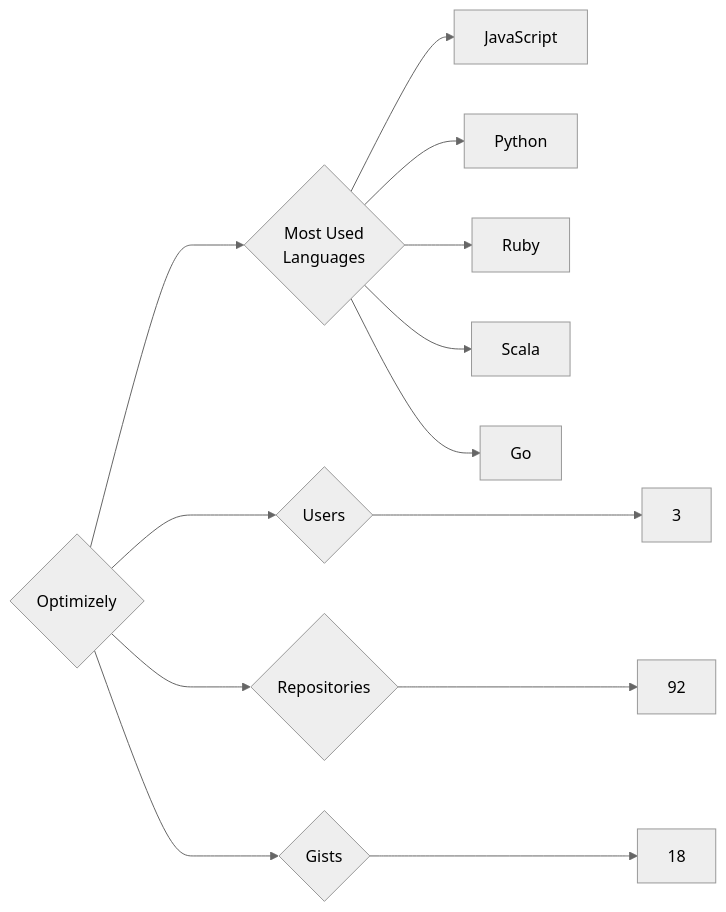
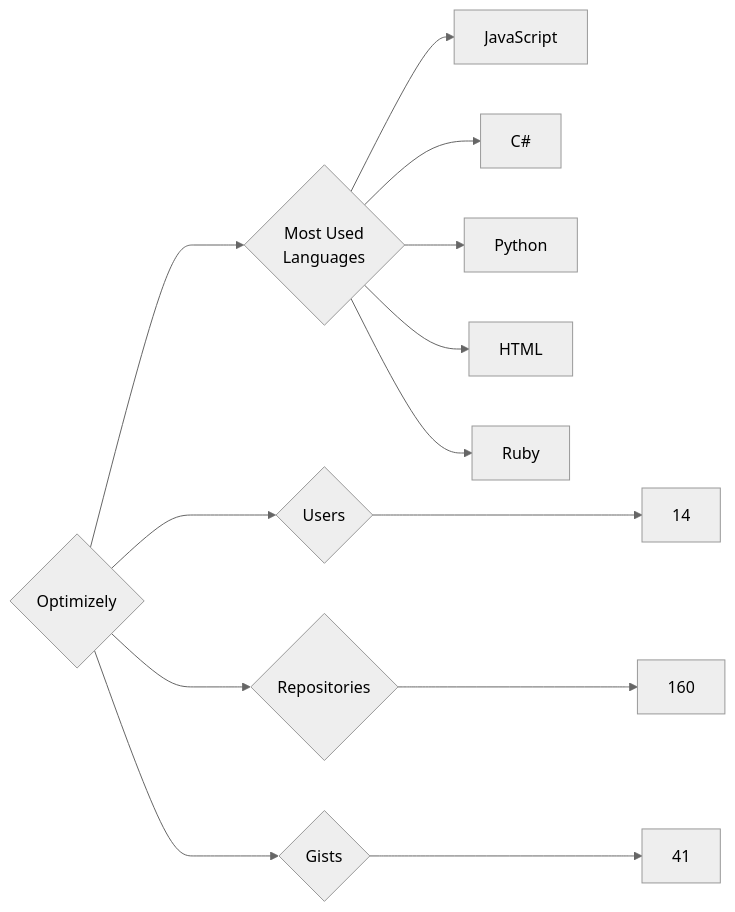
Before and after one commit to trickest/insiders: the diagram in targets/Optimizely/README.md, drawn with Mermaid (neutral theme). The commit also changed 964 other files, not shown here.

````diff
--- a/targets/Optimizely/README.md
+++ b/targets/Optimizely/README.md
@@ -3,13 +3,13 @@
 ```mermaid
 graph LR
 COMPANY_NAME{Optimizely}
-COMPANY_NAME ---> U{Users} ---> UN[3]
-COMPANY_NAME ---> R{Repositories} ---> RN[92]
-COMPANY_NAME ---> G{Gists} ---> GN[18]
+COMPANY_NAME ---> U{Users} ---> UN[14]
+COMPANY_NAME ---> R{Repositories} ---> RN[160]
+COMPANY_NAME ---> G{Gists} ---> GN[41]
 COMPANY_NAME ---> ML{Most Used<br>Languages}
 ML --> JavaScript[JavaScript]
+ML --> C#[C#]
 ML --> Python[Python]
+ML --> HTML[HTML]
 ML --> Ruby[Ruby]
-ML --> Scala[Scala]
-ML --> Go[Go]
 ```
````
